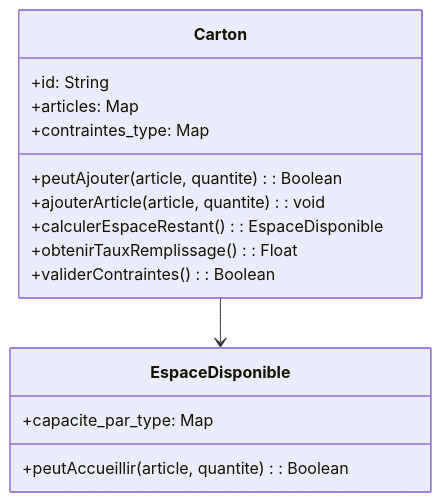
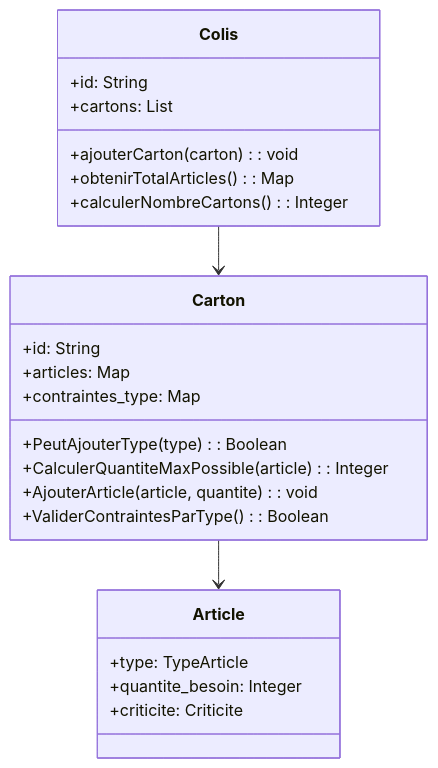
One commit to Singularity-Institute/PTL-r-appro- changed the fourth of 10 diagrams in algorithme_knapsack_modifie_criticite.md. Above: the diagram before and after it, drawn with Mermaid. The commit also changed other lines of this file, not shown here.

````diff
--- a/algorithme_knapsack_modifie_criticite.md
+++ b/algorithme_knapsack_modifie_criticite.md
@@ -220,22 +211,31 @@
 ```mermaid
 classDiagram
+    class Colis {
+        +id: String
+        +cartons: List<Carton>
+
+        +ajouterCarton(carton): void
+        +obtenirTotalArticles(): Map<Type, Integer>
+        +calculerNombreCartons(): Integer
+    }
+
     class Carton {
         +id: String
         +articles: Map<Type, Integer>
         +contraintes_type: Map<Type, Integer>
-        
-        +peutAjouter(article, quantite): Boolean
-        +ajouterArticle(article, quantite): void
-        +calculerEspaceRestant(): EspaceDisponible
-        +obtenirTauxRemplissage(): Float
-        +validerContraintes(): Boolean
+
+        +PeutAjouterType(type): Boolean
+        +CalculerQuantiteMaxPossible(article): Integer
+        +AjouterArticle(article, quantite): void
+        +ValiderContraintesParType(): Boolean
     }
-    
-    class EspaceDisponible {
-        +capacite_par_type: Map<Type, Integer>
-        
-        +peutAccueillir(article, quantite): Boolean
+
+    class Article {
+        +type: TypeArticle
+        +quantite_besoin: Integer
+        +criticite: Criticite
     }
-    
-    Carton --> EspaceDisponible
+
+    Colis --> Carton
+    Carton --> Article
 ```
````
